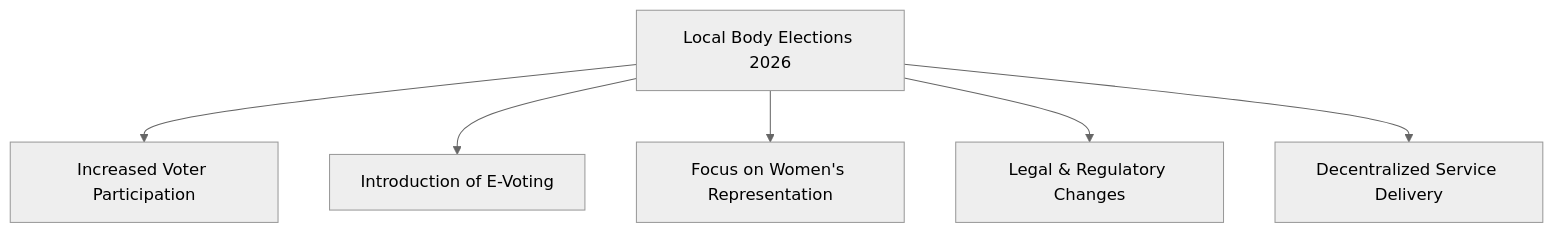
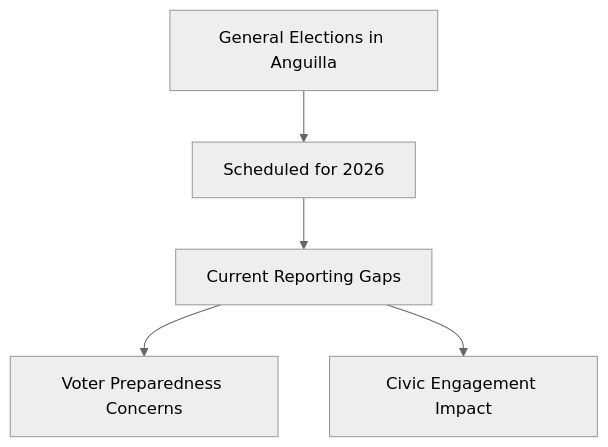
The diagram in notes.md (durgasai/learningrepo), drawn with Mermaid (neutral theme) before and after one commit. The commit also changed other lines of this file and 7 other files, not shown here.

````diff
--- a/notes.md
+++ b/notes.md
@@ -5,15 +5,13 @@
 ```mermaid
 flowchart TD
-A["Local Body Elections 2026"]
-B["Increased Voter Participation"]
-C["Introduction of E-Voting"]
-D["Focus on Women's Representation"]
-E["Legal & Regulatory Changes"]
-F["Decentralized Service Delivery"]
-
-A --> B
-A --> C
-A --> D
-A --> E
-A --> F
+  A["General Elections in Anguilla"]
+  B["Scheduled for 2026"]
+  C["Current Reporting Gaps"]
+  D["Voter Preparedness Concerns"]
+  E["Civic Engagement Impact"]
+  
+  A --> B
+  B --> C
+  C --> D
+  C --> E
 ```
````
